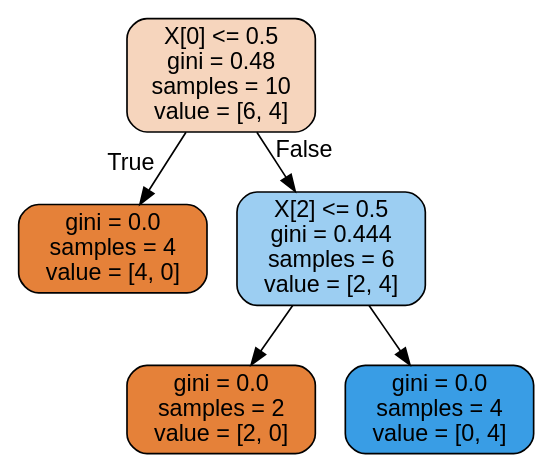
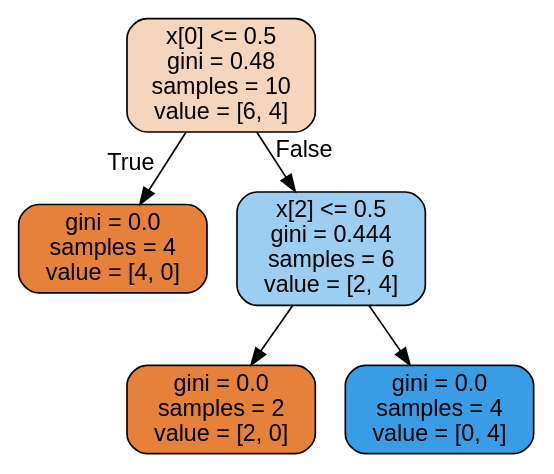
One commit to CompPhysics/MachineLearning changed the diagram in doc/LectureNotes/DataFiles/grade.dot. Above: the diagram before and after it, drawn with Graphviz. The commit also changed 476 other files, not shown here.

```diff
--- a/doc/LectureNotes/DataFiles/grade.dot
+++ b/doc/LectureNotes/DataFiles/grade.dot
@@ -1,13 +1,13 @@
 digraph Tree {
 node [shape=box, style="filled, rounded", color="black", fontname="helvetica"] ;
 edge [fontname="helvetica"] ;
-0 [label="X[0] <= 0.5\ngini = 0.48\nsamples = 10\nvalue = [6, 4]", fillcolor="#f6d5bd"] ;
+0 [label="x[0] <= 0.5\ngini = 0.48\nsamples = 10\nvalue = [6, 4]", fillcolor="#f6d5bd"] ;
 1 [label="gini = 0.0\nsamples = 4\nvalue = [4, 0]", fillcolor="#e58139"] ;
 0 -> 1 [labeldistance=2.5, labelangle=45, headlabel="True"] ;
-2 [label="X[2] <= 0.5\ngini = 0.444\nsamples = 6\nvalue = [2, 4]", fillcolor="#9ccef2"] ;
+2 [label="x[2] <= 0.5\ngini = 0.444\nsamples = 6\nvalue = [2, 4]", fillcolor="#9ccef2"] ;
 0 -> 2 [labeldistance=2.5, labelangle=-45, headlabel="False"] ;
 3 [label="gini = 0.0\nsamples = 2\nvalue = [2, 0]", fillcolor="#e58139"] ;
 2 -> 3 ;
 4 [label="gini = 0.0\nsamples = 4\nvalue = [0, 4]", fillcolor="#399de5"] ;
 2 -> 4 ;
 }
```
